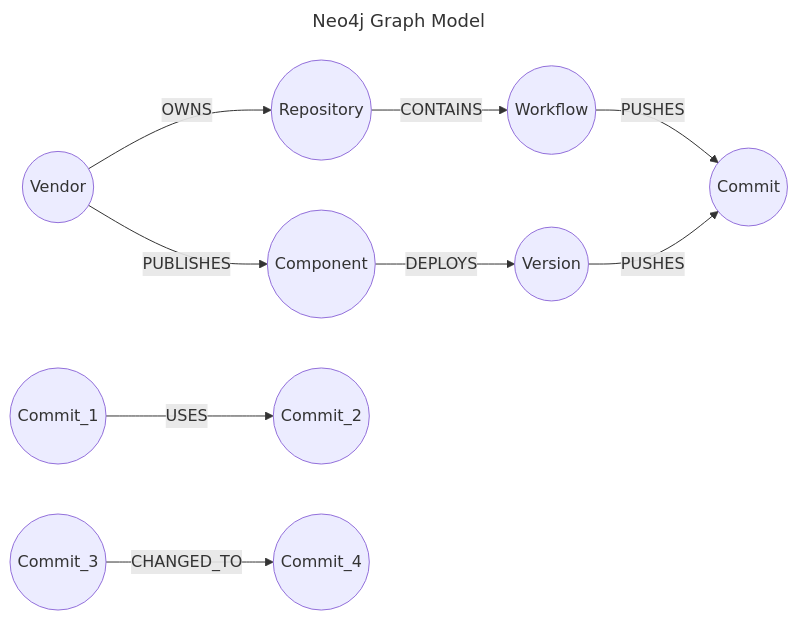
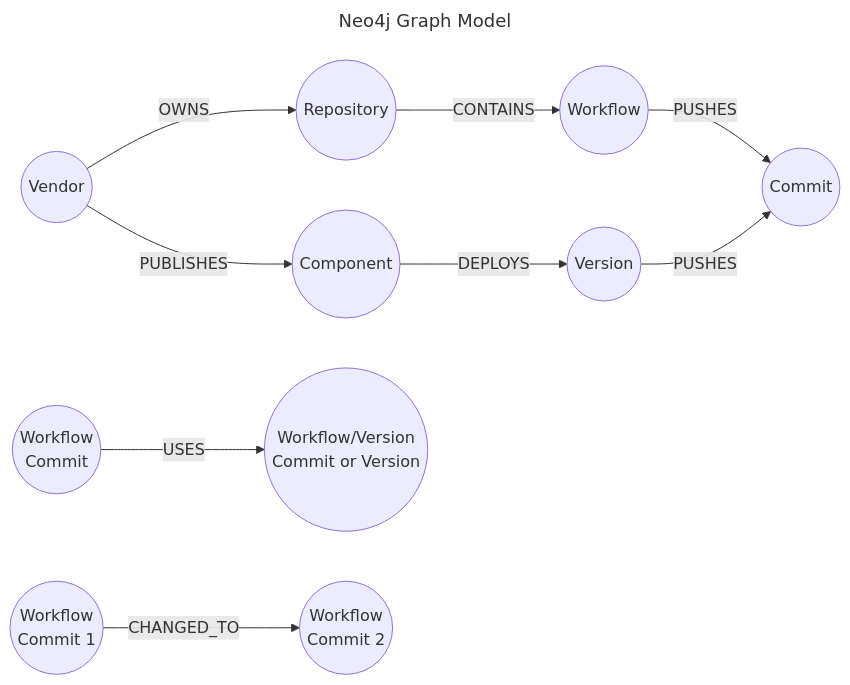
The diagram in docs/neo4j/neo.mmd (aegis-forge/kleio), drawn with Mermaid before and after one commit. The commit also changed 18 other files, not shown here.

```diff
--- a/docs/neo4j/neo.mmd
+++ b/docs/neo4j/neo.mmd
@@ -1,28 +1,28 @@
 ---
 title: Neo4j Graph Model
 ---
 
 flowchart LR
     VENDOR((Vendor))
     REPOSITORY((Repository))
     WORKFLOW((Workflow))
     COMMIT((Commit))
     COMPONENT((Component))
     VERSION((Version))
     %% VUNLNERABILITY((Vulnerability))
 
     VENDOR -->|OWNS| REPOSITORY
     VENDOR -->|PUBLISHES| COMPONENT
     REPOSITORY -->|CONTAINS| WORKFLOW
     WORKFLOW -->|PUSHES| COMMIT
     COMPONENT -->|DEPLOYS| VERSION
     VERSION -->|PUSHES| COMMIT
     %% COMMIT -->|HAS| VUNLNERABILITY
     
-    C1((Commit_1))
-    C2((Commit_2))
-    C3((Commit_3))
-    C4((Commit_4))
+    C1((Workflow<br>Commit))
+    C2((Workflow/Version<br>Commit or Version))
+    C3((Workflow<br>Commit 1))
+    C4((Workflow<br>Commit 2))
 
     C1 -->|USES| C2
     C3 -->|CHANGED_TO| C4
```
